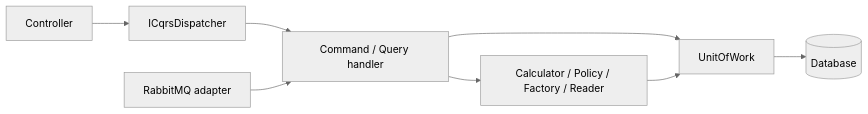
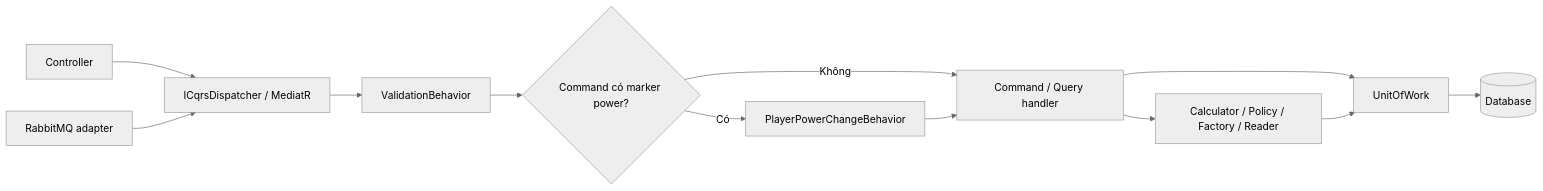
The diagram in docs/game-cqrs.md (VANTUANKIET1239/HRKSYSTEM), drawn with Mermaid (neutral theme) before and after one commit. The commit also changed other lines of this file and 865 other files, not shown here.

````diff
--- a/docs/game-cqrs.md
+++ b/docs/game-cqrs.md
@@ -8,9 +8,14 @@
 ```mermaid
 flowchart LR
-    HTTP[Controller] --> Dispatcher[ICqrsDispatcher] --> CQRS[Command / Query handler]
-    Rabbit[RabbitMQ adapter] --> CQRS
+    HTTP[Controller] --> Dispatcher[ICqrsDispatcher / MediatR]
+    Rabbit[RabbitMQ adapter] --> Dispatcher
+    Dispatcher --> Validation[ValidationBehavior]
+    Validation --> Decision{Command có marker power?}
+    Decision -->|Có| Power[PlayerPowerChangeBehavior]
+    Decision -->|Không| CQRS[Command / Query handler]
+    Power --> CQRS
     CQRS --> Shared[Calculator / Policy / Factory / Reader]
     CQRS --> UOW[UnitOfWork]
     Shared --> UOW
     UOW --> DB[(Database)]
 ```
````
